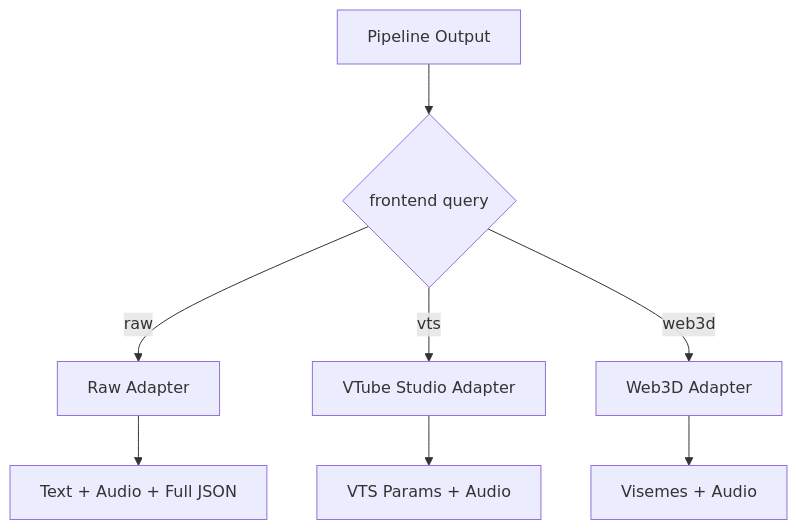
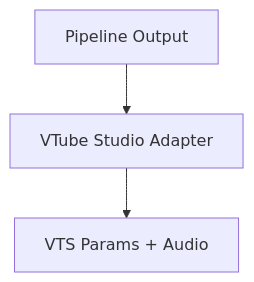
Before and after one commit to Jonathan0823/VoxaLive: the fifth of 5 diagrams in docs/08_WS_PROTOCOL.md, drawn with Mermaid. The commit also changed other lines of this file and 7 other files, not shown here.

First line of the commit message:
docs(mvp): align VTS-only scope and build flow

```diff
--- a/docs/08_WS_PROTOCOL.md
+++ b/docs/08_WS_PROTOCOL.md
@@ -246,11 +244,5 @@
 ~~~mermaid
 flowchart TD
-    PipelineOutput[Pipeline Output] --> FrontendKind{frontend query}
-    FrontendKind -->|raw| RawAdapter[Raw Adapter]
-    FrontendKind -->|vts| VTSAdapter[VTube Studio Adapter]
-    FrontendKind -->|web3d| Web3DAdapter[Web3D Adapter]
-
-    RawAdapter --> RawFrames[Text + Audio + Full JSON]
+    PipelineOutput[Pipeline Output] --> VTSAdapter[VTube Studio Adapter]
     VTSAdapter --> VTSFrames[VTS Params + Audio]
-    Web3DAdapter --> Web3DFrames[Visemes + Audio]
 ~~~
```
